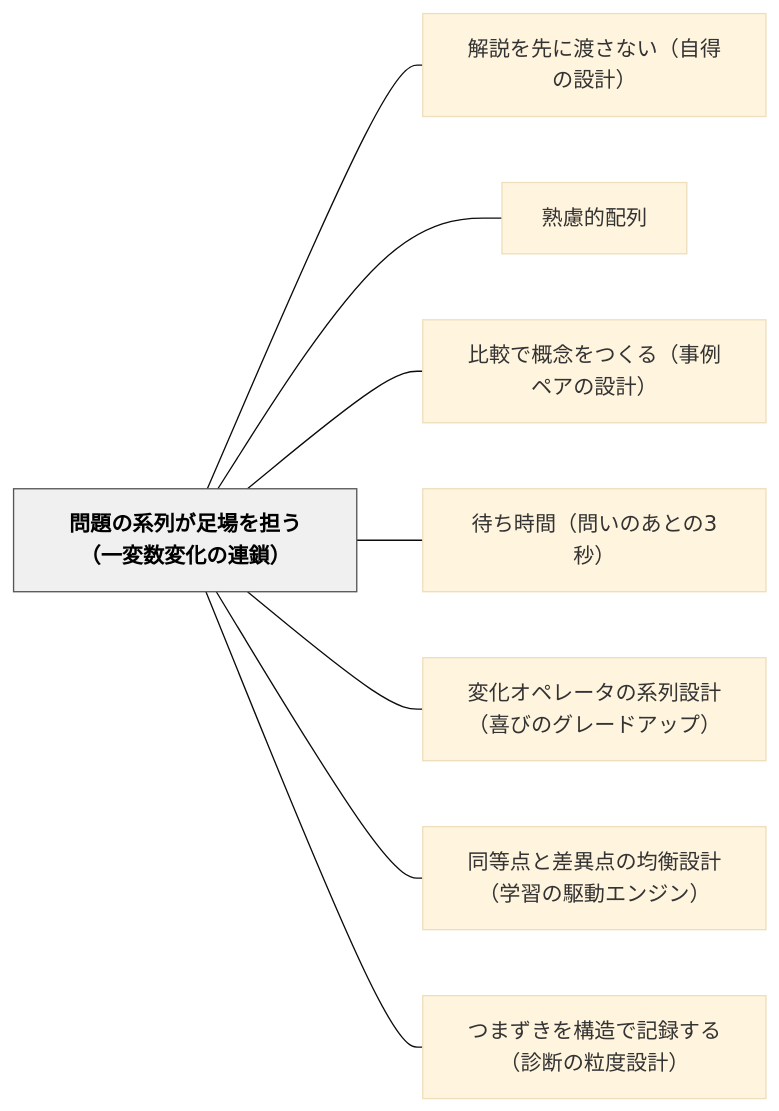
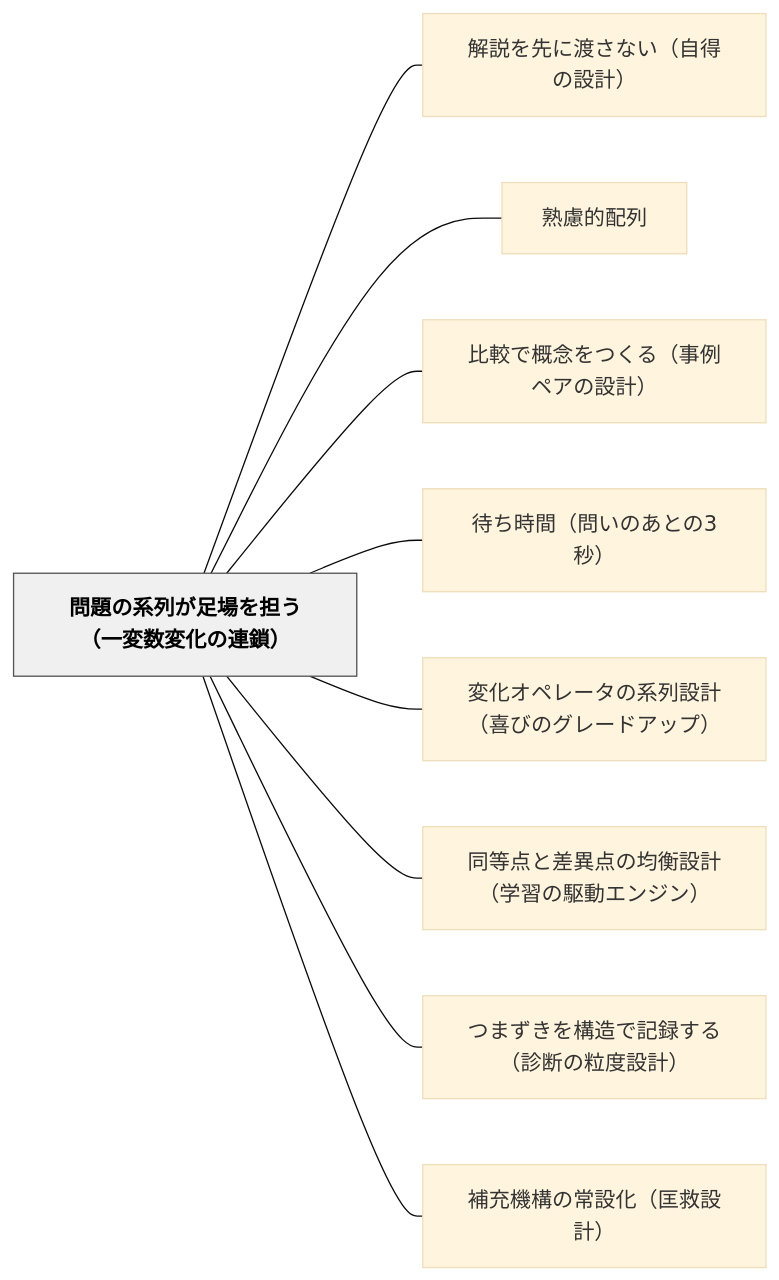
One commit to unknownthings-ed-patterns/unknownthings-ed-patterns changed the diagram in content/パタン/問題の系列が足場を担う（一変数変化の連鎖）.md. Above: the diagram before and after it, drawn with Mermaid (base theme). The commit also changed other lines of this file and 1 other file, not shown here.

Commit message:
auto: Obsidianから同期 2026-06-15 17:58

````diff
--- a/content/パタン/問題の系列が足場を担う（一変数変化の連鎖）.md
+++ b/content/パタン/問題の系列が足場を担う（一変数変化の連鎖）.md
@@ -128,22 +129,24 @@
 ```mermaid
 flowchart LR
     ne5958fe9a18ce381aee7b3bbe58897e3818ce8b6b3e5a0b4e38292e68b85e38186efbc88e4b880e5a489e695b0e5a489e58c96e381aee980a3e98e96efbc89["問題の系列が足場を担う（一変数変化の連鎖）"]
     ne8a7a3e8aaace38292e58588e381abe6b8a1e38195e381aae38184efbc88e887aae5be97e381aee8a8ade8a888efbc89["解説を先に渡さない（自得の設計）"]
     ne7869fe685aee79a84e9858de58897["熟慮的配列"]
     ne6af94e8bc83e381a7e6a682e5bfb5e38292e381a4e3818fe3828befbc88e4ba8be4be8be3839ae382a2e381aee8a8ade8a888efbc89["比較で概念をつくる（事例ペアの設計）"]
     ne5be85e381a1e69982e99693efbc88e5958fe38184e381aee38182e381a8e381ae33e7a792efbc89["待ち時間（問いのあとの3秒）"]
     ne5a489e58c96e382aae3839ae383ace383bce382bfe381aee7b3bbe58897e8a8ade8a888efbc88e5969ce381b3e381aee382b0e383ace383bce38389e382a2e38383e38397efbc89["変化オペレータの系列設計（喜びのグレードアップ）"]
     ne5908ce7ad89e782b9e381a8e5b7aee795b0e782b9e381aee59d87e8a1a1e8a8ade8a888efbc88e5ada6e7bf92e381aee9a786e58b95e382a8e383b3e382b8e383b3efbc89["同等点と差異点の均衡設計（学習の駆動エンジン）"]
     ne381a4e381bee3819ae3818de38292e6a78be980a0e381a7e8a898e98cb2e38199e3828befbc88e8a8bae696ade381aee7b292e5baa6e8a8ade8a888efbc89["つまずきを構造で記録する（診断の粒度設計）"]
+    ne8a39ce58585e6a99fe6a78be381aee5b8b8e8a8ade58c96efbc88e58ca1e69591e8a8ade8a888efbc89["補充機構の常設化（匡救設計）"]
 
     ne5958fe9a18ce381aee7b3bbe58897e3818ce8b6b3e5a0b4e38292e68b85e38186efbc88e4b880e5a489e695b0e5a489e58c96e381aee980a3e98e96efbc89 --- ne8a7a3e8aaace38292e58588e381abe6b8a1e38195e381aae38184efbc88e887aae5be97e381aee8a8ade8a888efbc89
     ne5958fe9a18ce381aee7b3bbe58897e3818ce8b6b3e5a0b4e38292e68b85e38186efbc88e4b880e5a489e695b0e5a489e58c96e381aee980a3e98e96efbc89 --- ne7869fe685aee79a84e9858de58897
     ne5958fe9a18ce381aee7b3bbe58897e3818ce8b6b3e5a0b4e38292e68b85e38186efbc88e4b880e5a489e695b0e5a489e58c96e381aee980a3e98e96efbc89 --- ne6af94e8bc83e381a7e6a682e5bfb5e38292e381a4e3818fe3828befbc88e4ba8be4be8be3839ae382a2e381aee8a8ade8a888efbc89
     ne5958fe9a18ce381aee7b3bbe58897e3818ce8b6b3e5a0b4e38292e68b85e38186efbc88e4b880e5a489e695b0e5a489e58c96e381aee980a3e98e96efbc89 --- ne5be85e381a1e69982e99693efbc88e5958fe38184e381aee38182e381a8e381ae33e7a792efbc89
     ne5958fe9a18ce381aee7b3bbe58897e3818ce8b6b3e5a0b4e38292e68b85e38186efbc88e4b880e5a489e695b0e5a489e58c96e381aee980a3e98e96efbc89 --- ne5a489e58c96e382aae3839ae383ace383bce382bfe381aee7b3bbe58897e8a8ade8a888efbc88e5969ce381b3e381aee382b0e383ace383bce38389e382a2e38383e38397efbc89
     ne5958fe9a18ce381aee7b3bbe58897e3818ce8b6b3e5a0b4e38292e68b85e38186efbc88e4b880e5a489e695b0e5a489e58c96e381aee980a3e98e96efbc89 --- ne5908ce7ad89e782b9e381a8e5b7aee795b0e782b9e381aee59d87e8a1a1e8a8ade8a888efbc88e5ada6e7bf92e381aee9a786e58b95e382a8e383b3e382b8e383b3efbc89
     ne5958fe9a18ce381aee7b3bbe58897e3818ce8b6b3e5a0b4e38292e68b85e38186efbc88e4b880e5a489e695b0e5a489e58c96e381aee980a3e98e96efbc89 --- ne381a4e381bee3819ae3818de38292e6a78be980a0e381a7e8a898e98cb2e38199e3828befbc88e8a8bae696ade381aee7b292e5baa6e8a8ade8a888efbc89
+    ne5958fe9a18ce381aee7b3bbe58897e3818ce8b6b3e5a0b4e38292e68b85e38186efbc88e4b880e5a489e695b0e5a489e58c96e381aee980a3e98e96efbc89 --- ne8a39ce58585e6a99fe6a78be381aee5b8b8e8a8ade58c96efbc88e58ca1e69591e8a8ade8a888efbc89
 
     classDef hub fill:#f0f0f0,stroke:#555,color:#000,font-weight:bold
     class ne5958fe9a18ce381aee7b3bbe58897e3818ce8b6b3e5a0b4e38292e68b85e38186efbc88e4b880e5a489e695b0e5a489e58c96e381aee980a3e98e96efbc89 hub
 ```
````
